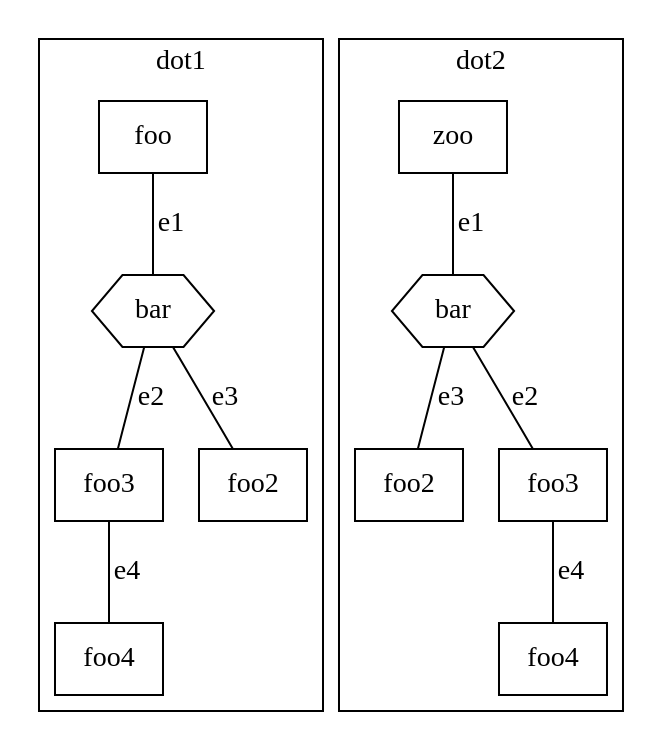
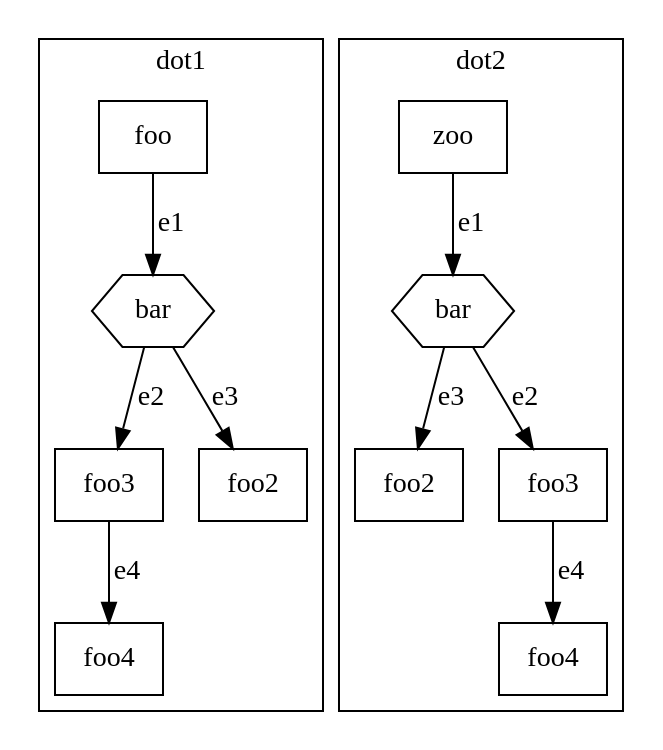
The diagram in org.eclipse.epsilon.picto.diff/files/foo_.dot (wrwei/picto-diff), drawn with Graphviz before and after one commit. The commit also changed 4 other files, not shown here.

```diff
--- a/org.eclipse.epsilon.picto.diff/files/foo_.dot
+++ b/org.eclipse.epsilon.picto.diff/files/foo_.dot
@@ -1,26 +1,29 @@
-graph "example3" {
+digraph "example3" {
+edge ["dir"="none"]
 subgraph "cluster_dot1" {
+edge ["dir"="forward"]
 graph ["label"="dot1"]
 "n5" ["shape"="box","label"="foo4"]
 "n1" ["shape"="box","label"="foo"]
 "n2" ["shape"="polygon","sides"="6","label"="bar"]
 "n4" ["shape"="box","label"="foo3"]
 "n3" ["shape"="box","label"="foo2"]
-"n1" -- "n2" ["label"="e1"]
-"n2" -- "n4" ["label"="e2"]
-"n2" -- "n3" ["label"="e3"]
-"n4" -- "n5" ["label"="e4"]
+"n1" -> "n2" ["label"="e1"]
+"n2" -> "n4" ["label"="e2"]
+"n2" -> "n3" ["label"="e3"]
+"n4" -> "n5" ["label"="e4"]
 }
 subgraph "cluster_dot2" {
+edge ["dir"="forward"]
 graph ["label"="dot2"]
-"n5 " ["shape"="box","label"="foo4"]
-"n3 " ["shape"="box","label"="foo2"]
-"n1 " ["shape"="box","label"="zoo"]
-"n2 " ["shape"="polygon","sides"="6","label"="bar"]
-"n4 " ["shape"="box","label"="foo3"]
-"n1 " -- "n2 " ["label"="e1"]
-"n2 " -- "n4 " ["label"="e2"]
-"n2 " -- "n3 " ["label"="e3"]
-"n4 " -- "n5 " ["label"="e4"]
+"_n5" ["shape"="box","label"="foo4"]
+"_n3" ["shape"="box","label"="foo2"]
+"_n1" ["shape"="box","label"="zoo"]
+"_n2" ["shape"="polygon","sides"="6","label"="bar"]
+"_n4" ["shape"="box","label"="foo3"]
+"_n1" -> "_n2" ["label"="e1"]
+"_n2" -> "_n4" ["label"="e2"]
+"_n2" -> "_n3" ["label"="e3"]
+"_n4" -> "_n5" ["label"="e4"]
 }
 }
```
